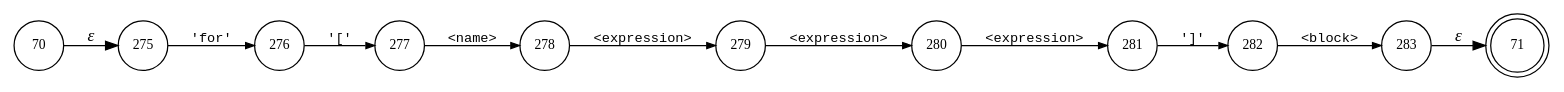
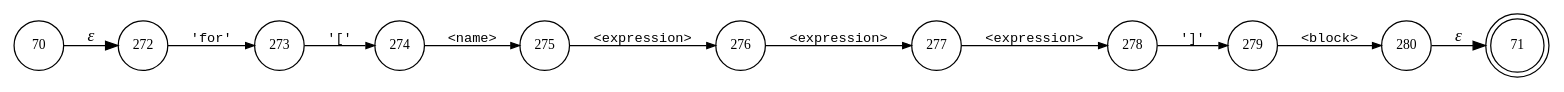
Before and after one commit to Shinigami072/Compilers-LogoInterpreter: the diagram in interpreter/logo/logo.fore.dot, drawn with Graphviz. The commit also changed 78 other files, not shown here.

```diff
--- a/interpreter/logo/logo.fore.dot
+++ b/interpreter/logo/logo.fore.dot
@@ -1,24 +1,24 @@
 digraph ATN {
 rankdir=LR;
 s71[fontsize=11, label="71", shape=doublecircle, fixedsize=true, width=.6];
+s272[fontsize=11,label="272", shape=circle, fixedsize=true, width=.55, peripheries=1];
+s273[fontsize=11,label="273", shape=circle, fixedsize=true, width=.55, peripheries=1];
+s274[fontsize=11,label="274", shape=circle, fixedsize=true, width=.55, peripheries=1];
 s275[fontsize=11,label="275", shape=circle, fixedsize=true, width=.55, peripheries=1];
 s276[fontsize=11,label="276", shape=circle, fixedsize=true, width=.55, peripheries=1];
 s277[fontsize=11,label="277", shape=circle, fixedsize=true, width=.55, peripheries=1];
 s70[fontsize=11,label="70", shape=circle, fixedsize=true, width=.55, peripheries=1];
 s278[fontsize=11,label="278", shape=circle, fixedsize=true, width=.55, peripheries=1];
 s279[fontsize=11,label="279", shape=circle, fixedsize=true, width=.55, peripheries=1];
 s280[fontsize=11,label="280", shape=circle, fixedsize=true, width=.55, peripheries=1];
-s281[fontsize=11,label="281", shape=circle, fixedsize=true, width=.55, peripheries=1];
-s282[fontsize=11,label="282", shape=circle, fixedsize=true, width=.55, peripheries=1];
-s283[fontsize=11,label="283", shape=circle, fixedsize=true, width=.55, peripheries=1];
-s70 -> s275 [fontname="Times-Italic", label="&epsilon;"];
-s275 -> s276 [fontsize=11, fontname="Courier", arrowsize=.7, label = "'for'", arrowhead = normal];
-s276 -> s277 [fontsize=11, fontname="Courier", arrowsize=.7, label = "'['", arrowhead = normal];
-s277 -> s278 [fontsize=11, fontname="Courier", arrowsize=.7, label = "<name>", arrowhead = normal];
-s278 -> s279 [fontsize=11, fontname="Courier", arrowsize=.7, label = "<expression>", arrowhead = normal];
-s279 -> s280 [fontsize=11, fontname="Courier", arrowsize=.7, label = "<expression>", arrowhead = normal];
-s280 -> s281 [fontsize=11, fontname="Courier", arrowsize=.7, label = "<expression>", arrowhead = normal];
-s281 -> s282 [fontsize=11, fontname="Courier", arrowsize=.7, label = "']'", arrowhead = normal];
-s282 -> s283 [fontsize=11, fontname="Courier", arrowsize=.7, label = "<block>", arrowhead = normal];
-s283 -> s71 [fontname="Times-Italic", label="&epsilon;"];
+s70 -> s272 [fontname="Times-Italic", label="&epsilon;"];
+s272 -> s273 [fontsize=11, fontname="Courier", arrowsize=.7, label = "'for'", arrowhead = normal];
+s273 -> s274 [fontsize=11, fontname="Courier", arrowsize=.7, label = "'['", arrowhead = normal];
+s274 -> s275 [fontsize=11, fontname="Courier", arrowsize=.7, label = "<name>", arrowhead = normal];
+s275 -> s276 [fontsize=11, fontname="Courier", arrowsize=.7, label = "<expression>", arrowhead = normal];
+s276 -> s277 [fontsize=11, fontname="Courier", arrowsize=.7, label = "<expression>", arrowhead = normal];
+s277 -> s278 [fontsize=11, fontname="Courier", arrowsize=.7, label = "<expression>", arrowhead = normal];
+s278 -> s279 [fontsize=11, fontname="Courier", arrowsize=.7, label = "']'", arrowhead = normal];
+s279 -> s280 [fontsize=11, fontname="Courier", arrowsize=.7, label = "<block>", arrowhead = normal];
+s280 -> s71 [fontname="Times-Italic", label="&epsilon;"];
 }
```
